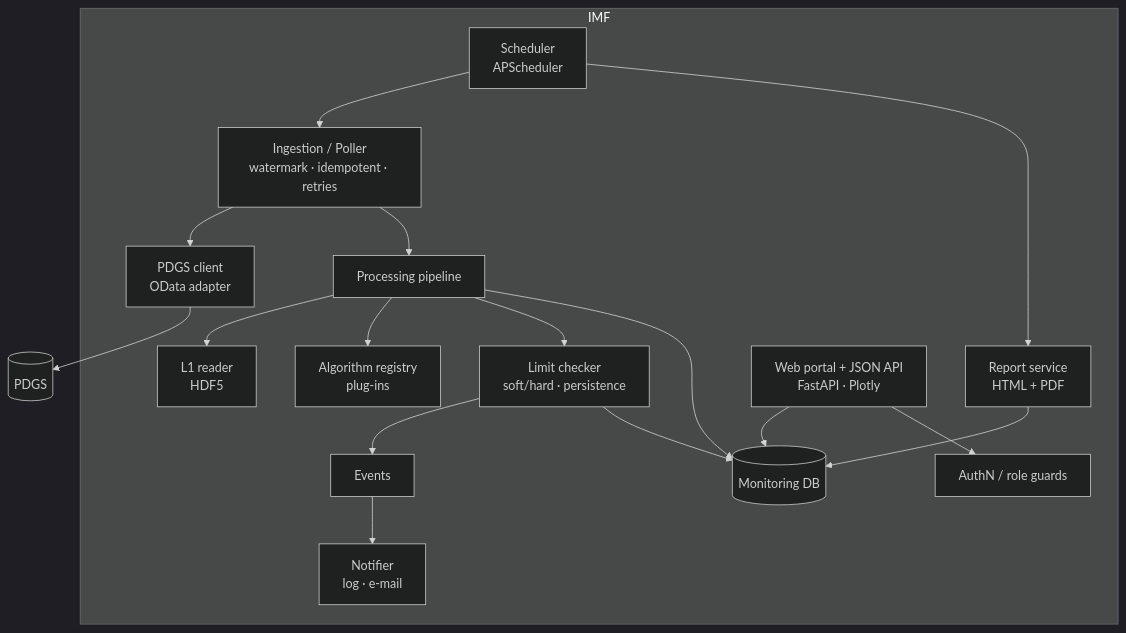
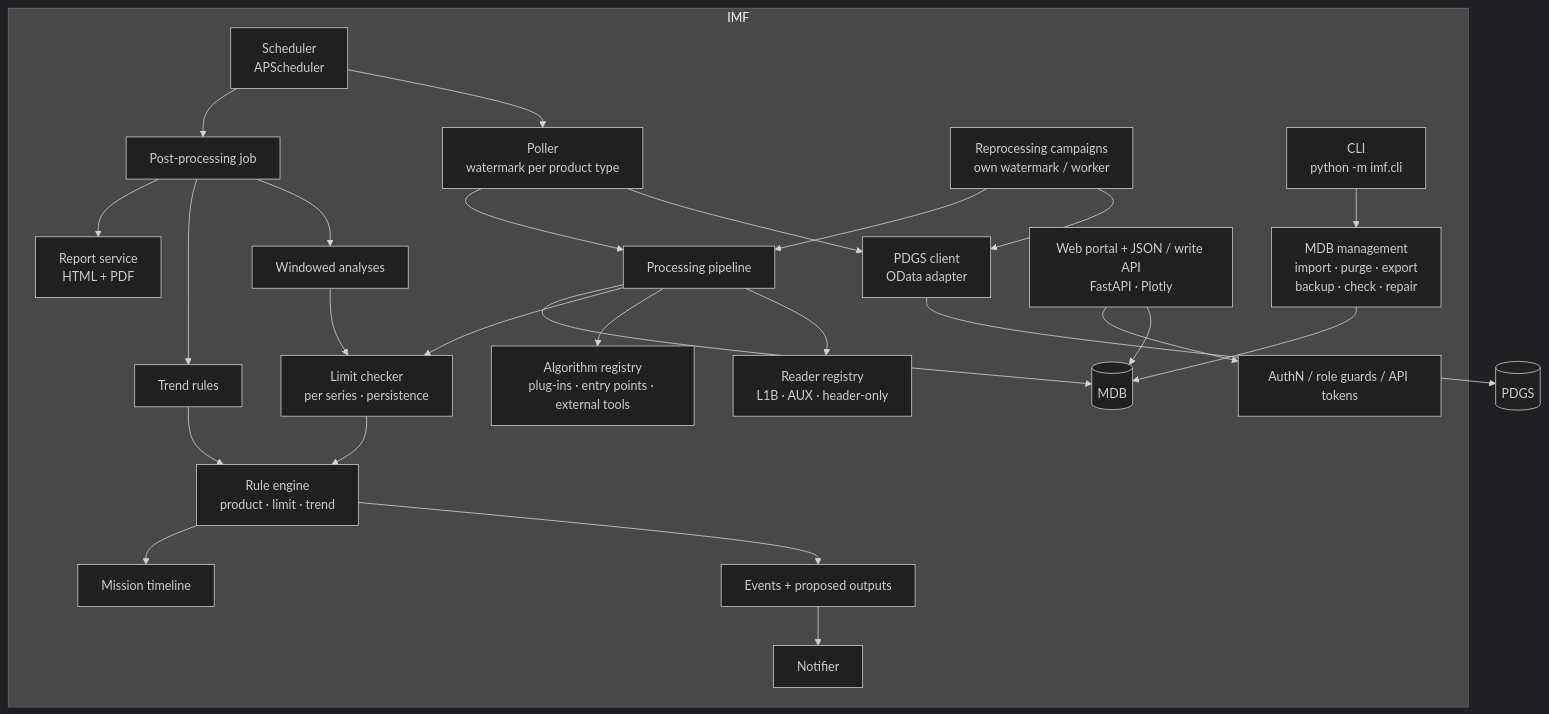
Before and after one commit to Sneakerx/fts-monitoring-demo: the second of 4 diagrams in docs/architecture.md, drawn with Mermaid (dark theme). The commit also changed other lines of this file and 67 other files, not shown here.

First line of the commit message:
Implement feature requests: new inputs, MDB extensions and events E1-E6

````diff
--- a/docs/architecture.md
+++ b/docs/architecture.md
@@ -31,19 +42,28 @@
 ```mermaid
 flowchart TB
   subgraph IMF
     SCH[Scheduler<br/>APScheduler] --> POL
-    SCH --> REP
-    POL[Ingestion / Poller<br/>watermark · idempotent · retries] --> CLI[PDGS client<br/>OData adapter]
+    SCH --> POST[Post-processing job]
+    POL[Poller<br/>watermark per product type] --> CLI[PDGS client<br/>OData adapter]
+    CMP[Reprocessing campaigns<br/>own watermark / worker] --> CLI
     POL --> PIPE[Processing pipeline]
-    PIPE --> RDR[L1 reader<br/>HDF5]
-    PIPE --> REG[Algorithm registry<br/>plug-ins]
-    PIPE --> LIM[Limit checker<br/>soft/hard · persistence]
-    LIM --> EVT[Events] --> NOT[Notifier<br/>log · e-mail]
-    PIPE --> DB[(Monitoring DB)]
-    LIM --> DB
-    REP[Report service<br/>HTML + PDF] --> DB
-    WEB[Web portal + JSON API<br/>FastAPI · Plotly] --> DB
-    WEB --> AUTH[AuthN / role guards]
+    CMP --> PIPE
+    PIPE --> RDR[Reader registry<br/>L1B · AUX · header-only]
+    PIPE --> REG[Algorithm registry<br/>plug-ins · entry points · external tools]
+    PIPE --> LIM[Limit checker<br/>per series · persistence]
+    POST --> ANA[Windowed analyses]
+    POST --> TRD[Trend rules]
+    POST --> REP[Report service<br/>HTML + PDF]
+    LIM --> RUL[Rule engine<br/>product · limit · trend]
+    ANA --> LIM
+    TRD --> RUL
+    RUL --> EVT[Events + proposed outputs] --> NOT[Notifier]
+    RUL --> TL[Mission timeline]
+    PIPE --> DB[(MDB)]
+    MDB[MDB management<br/>import · purge · export<br/>backup · check · repair] --> DB
+    WEB[Web portal + JSON / write API<br/>FastAPI · Plotly] --> DB
+    WEB --> AUTH[AuthN / role guards / API tokens]
+    CLIx[CLI<br/>python -m imf.cli] --> MDB
   end
   CLI --> PDGS[(PDGS)]
 ```
````
